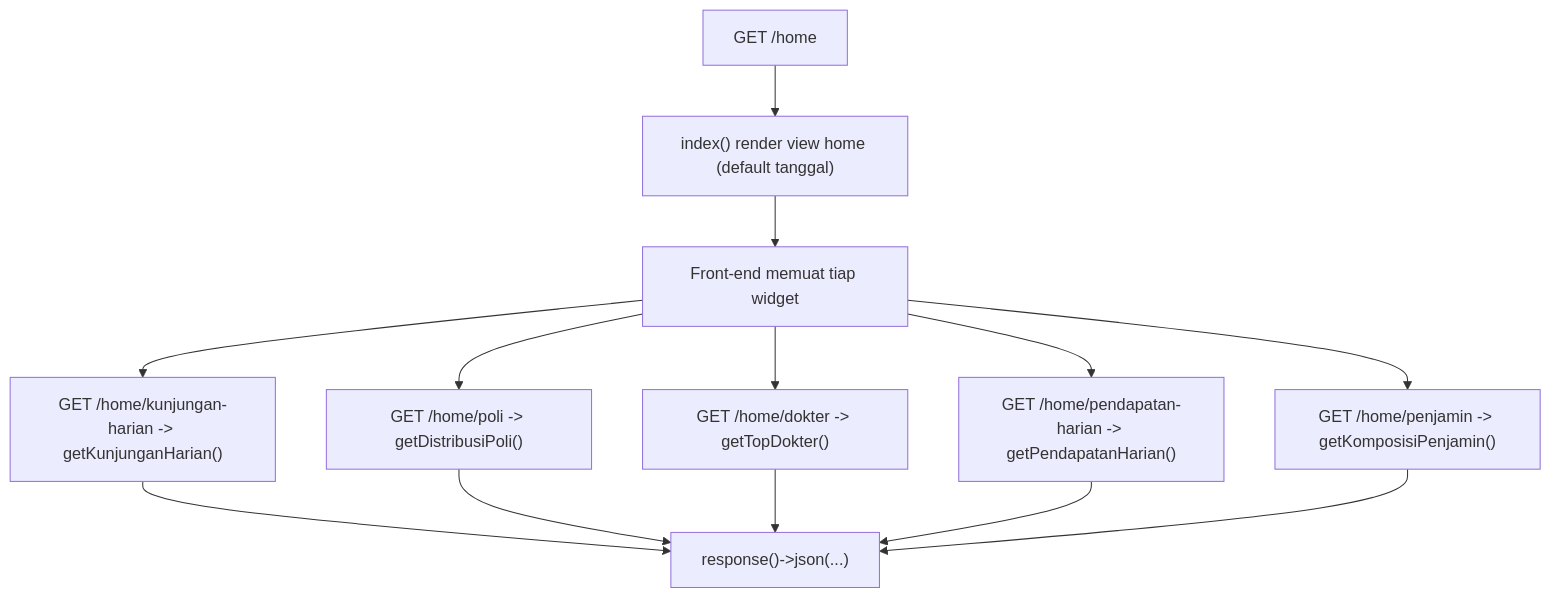
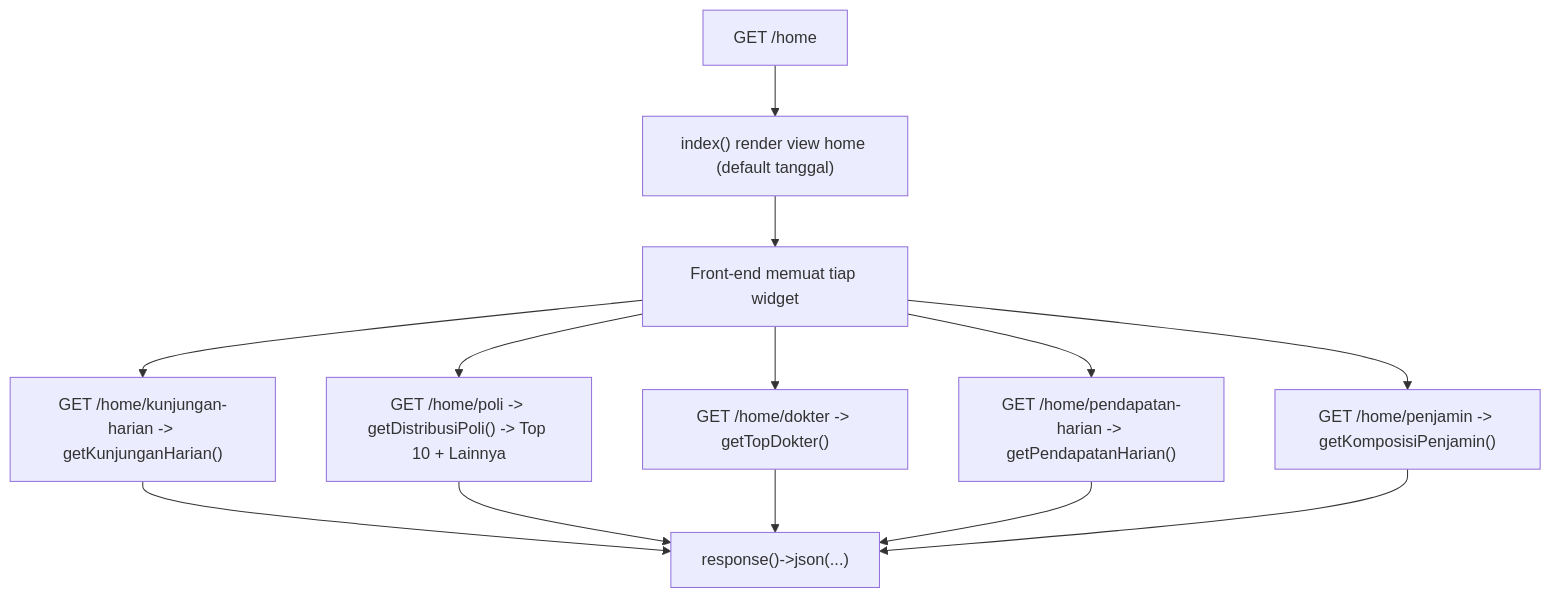
One commit to AltamaSidoarjo/laravel-siakurat-pt-smt changed the diagram in dokumentasi/home-dashboard.md. Above: the diagram before and after it, drawn with Mermaid. The commit also changed other lines of this file and 3 other files, not shown here.

First line of the commit message:
Ubah widget Distribusi Poli & Top Dokter jadi diagram ranking horizontal

````diff
--- a/dokumentasi/home-dashboard.md
+++ b/dokumentasi/home-dashboard.md
@@ -36,15 +42,15 @@
 ```mermaid
 flowchart TD
     A["GET /home"] --> B["index() render view home (default tanggal)"]
     B --> C["Front-end memuat tiap widget"]
     C --> D["GET /home/kunjungan-harian -> getKunjunganHarian()"]
-    C --> E["GET /home/poli -> getDistribusiPoli()"]
+    C --> E["GET /home/poli -> getDistribusiPoli() -> Top 10 + Lainnya"]
     C --> F["GET /home/dokter -> getTopDokter()"]
     C --> G["GET /home/pendapatan-harian -> getPendapatanHarian()"]
     C --> H["GET /home/penjamin -> getKomposisiPenjamin()"]
     D --> I["response()->json(...)"]
     E --> I
     F --> I
     G --> I
     H --> I
 ```
````
